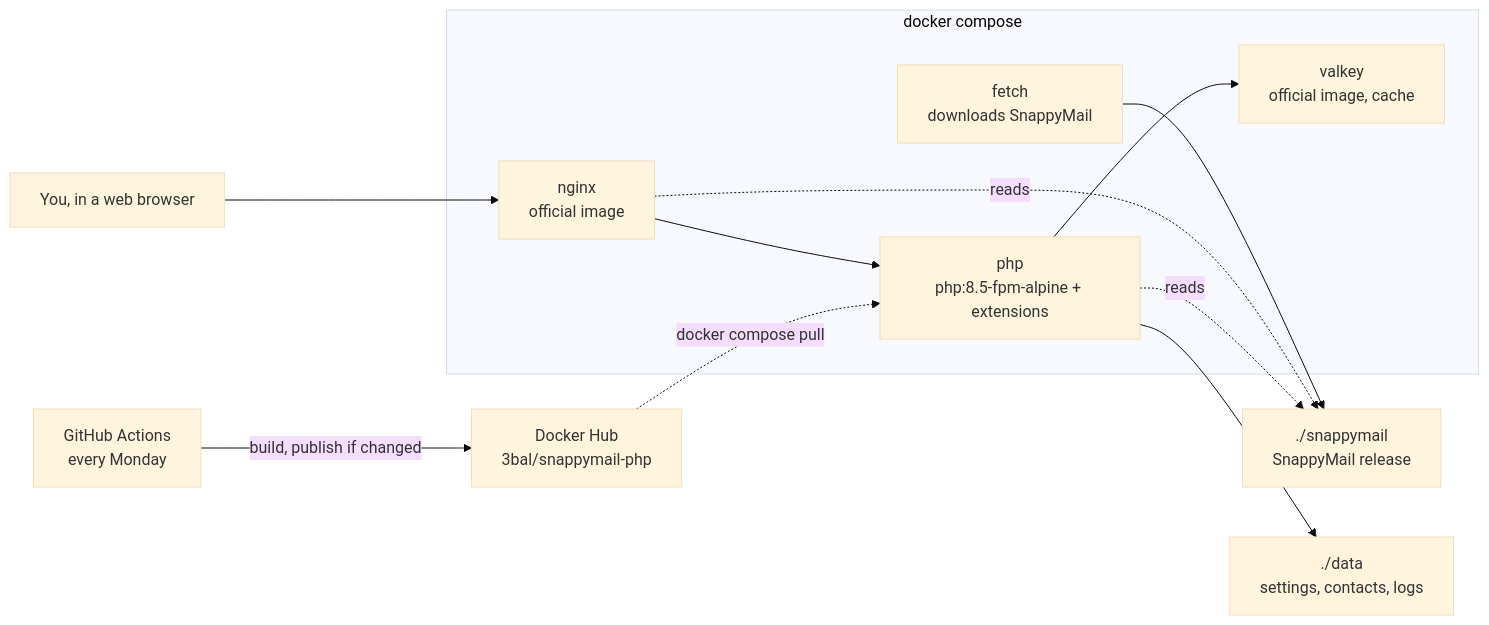
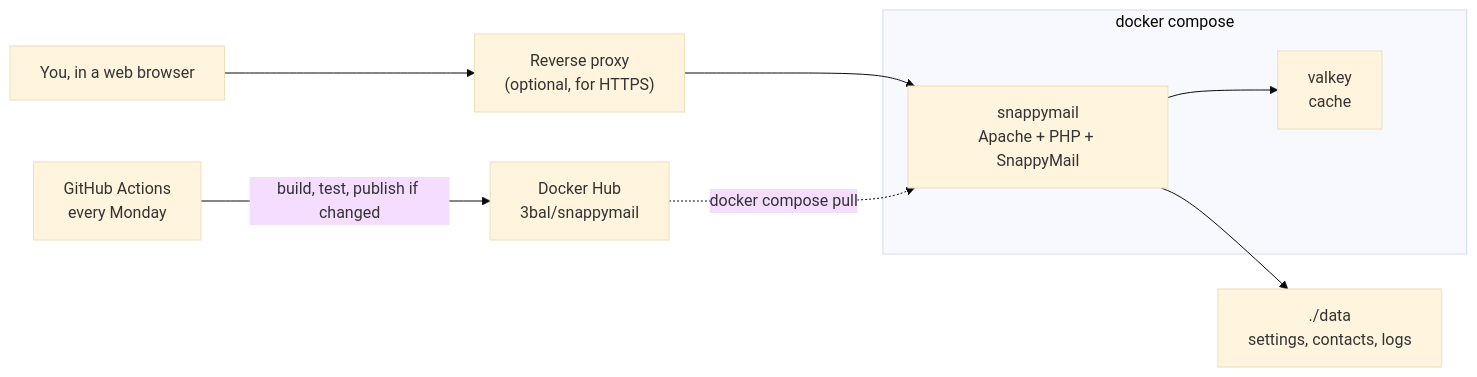
Before and after one commit to ebal/SnappyMail_Container: the diagram in README.md, drawn with Mermaid (base theme). The commit also changed other lines of this file and 1 other file, not shown here.

Commit message:
docs: describe the single snappymail image

````diff
--- a/README.md
+++ b/README.md
@@ -25,22 +24,17 @@
 ```mermaid
 flowchart LR
     you["You, in a web browser"]
+    proxy["Reverse proxy<br/>(optional, for HTTPS)"]
     subgraph stack["docker compose"]
-        nginx["nginx<br/>official image"]
-        php["php<br/>php:8.5-fpm-alpine + extensions"]
-        valkey["valkey<br/>official image, cache"]
-        fetch["fetch<br/>downloads SnappyMail"]
+        app["snappymail<br/>Apache + PHP + SnappyMail"]
+        valkey["valkey<br/>cache"]
     end
-    files["./snappymail<br/>SnappyMail release"]
     data["./data<br/>settings, contacts, logs"]
     gha["GitHub Actions<br/>every Monday"]
-    hub["Docker Hub<br/>3bal/snappymail-php"]
+    hub["Docker Hub<br/>3bal/snappymail"]
 
-    you --> nginx --> php --> valkey
-    fetch --> files
-    nginx -. reads .-> files
-    php -. reads .-> files
-    php --> data
-    gha -- "build, publish if changed" --> hub
-    hub -. "docker compose pull" .-> php
+    you --> proxy --> app --> valkey
+    app --> data
+    gha -- "build, test, publish if changed" --> hub
+    hub -. "docker compose pull" .-> app
 ```
````
